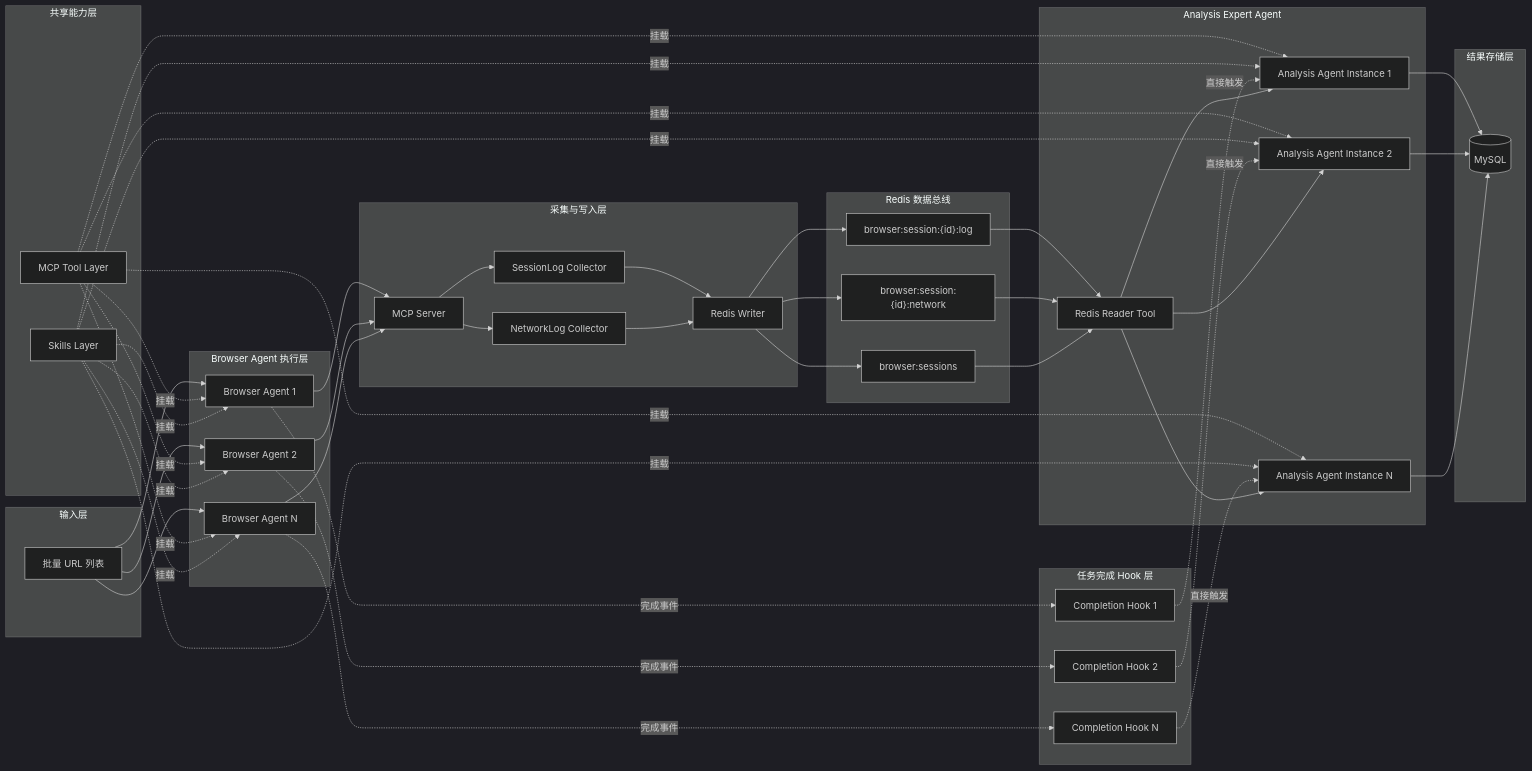
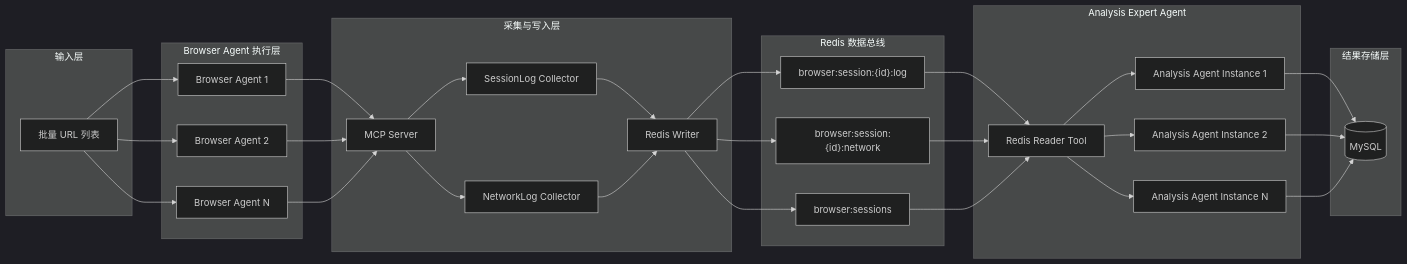
One commit to eraserkason/auto_reverse changed the diagram in README.md. Above: the diagram before and after it, drawn with Mermaid (dark theme). The commit also changed other lines of this file, not shown here.

```diff
--- a/README.md
+++ b/README.md
@@ -145,24 +148,11 @@
         URLs[批量 URL 列表]
     end
 
-    %% ================= 共享能力层 =================
-    subgraph shared [共享能力层]
-        MCPTools[MCP Tool Layer]
-        Skills[Skills Layer]
-    end
-
     %% ================= Browser Agent 层 =================
     subgraph browser [Browser Agent 执行层]
         BA1[Browser Agent 1]
         BA2[Browser Agent 2]
         BAN[Browser Agent N]
-    end
-
-    %% ================= Hook 层 =================
-    subgraph hooks [任务完成 Hook 层]
-        H1[Completion Hook 1]
-        H2[Completion Hook 2]
-        HN[Completion Hook N]
     end
 
     %% ================= 数据采集层 =================
@@ -197,20 +187,6 @@
     URLs --> BA2
     URLs --> BAN
 
-    MCPTools -. 挂载 .-> BA1
-    MCPTools -. 挂载 .-> BA2
-    MCPTools -. 挂载 .-> BAN
-    Skills -. 挂载 .-> BA1
-    Skills -. 挂载 .-> BA2
-    Skills -. 挂载 .-> BAN
-
-    MCPTools -. 挂载 .-> A1
-    MCPTools -. 挂载 .-> A2
-    MCPTools -. 挂载 .-> AN
-    Skills -. 挂载 .-> A1
-    Skills -. 挂载 .-> A2
-    Skills -. 挂载 .-> AN
-
     BA1 --> MCPServer
     BA2 --> MCPServer
     BAN --> MCPServer
@@ -224,14 +200,6 @@
     RedisWriter --> NetworkStream
     RedisWriter --> SessionSet
 
-    BA1 -. 完成事件 .-> H1
-    BA2 -. 完成事件 .-> H2
-    BAN -. 完成事件 .-> HN
-
-    H1 -. 直接触发 .-> A1
-    H2 -. 直接触发 .-> A2
-    HN -. 直接触发 .-> AN
-
     SessionStream --> RedisReader
     NetworkStream --> RedisReader
     SessionSet --> RedisReader
```
